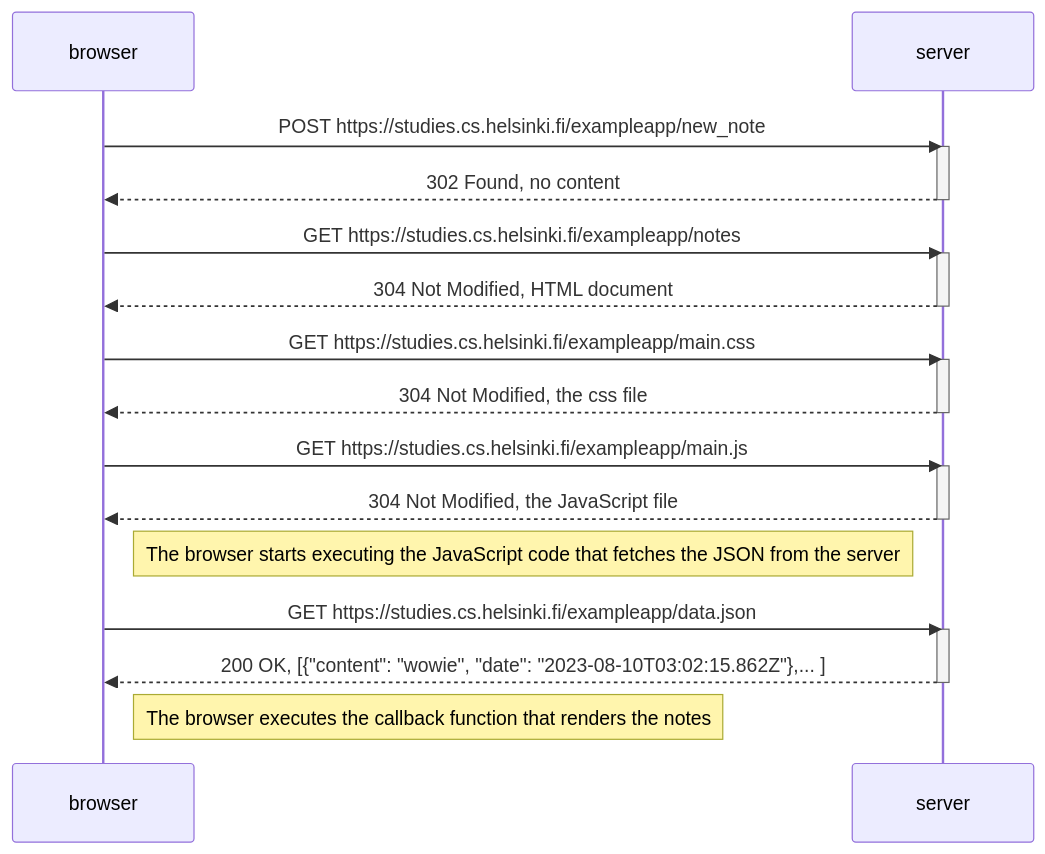
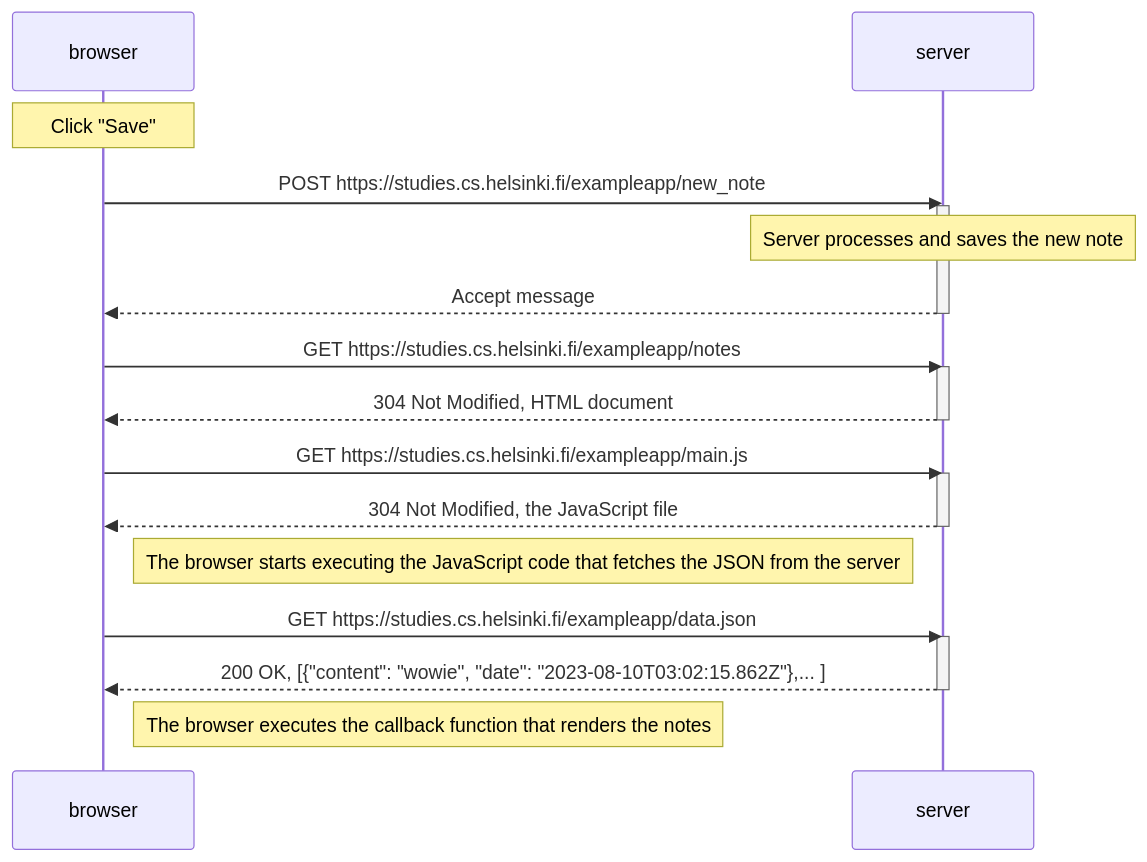
One commit to noahwo/fullstackopen changed the diagram in part0/0.4_sequence_dia copy.md. Above: the diagram before and after it, drawn with Mermaid. The commit also changed other lines of this file and 2 other files, not shown here.

Commit message:
part 0 done

````diff
--- a/part0/0.4_sequence_dia copy.md
+++ b/part0/0.4_sequence_dia copy.md
@@ -1,34 +4,31 @@
 ```mermaid
 sequenceDiagram
     participant browser
     participant server
 
+    Note over browser: Click "Save"
     browser->>server: POST https://studies.cs.helsinki.fi/exampleapp/new_note
     activate server
-    server-->>browser: 302 Found, no content
+    Note over server: Server processes and saves the new note
+    server-->>browser: Accept message
     deactivate server
 
     browser->>server: GET https://studies.cs.helsinki.fi/exampleapp/notes
     activate server
     server-->>browser: 304 Not Modified, HTML document
-    deactivate server
-
-    browser->>server: GET https://studies.cs.helsinki.fi/exampleapp/main.css
-    activate server
-    server-->>browser: 304 Not Modified, the css file
     deactivate server
 
     browser->>server: GET https://studies.cs.helsinki.fi/exampleapp/main.js
     activate server
     server-->>browser: 304 Not Modified, the JavaScript file
     deactivate server
 
     Note right of browser: The browser starts executing the JavaScript code that fetches the JSON from the server
 
     browser->>server: GET https://studies.cs.helsinki.fi/exampleapp/data.json
     activate server
     server-->>browser: 200 OK, [{"content": "wowie", "date": "2023-08-10T03:02:15.862Z"},... ]
     deactivate server
 
     Note right of browser: The browser executes the callback function that renders the notes
 ```
````
